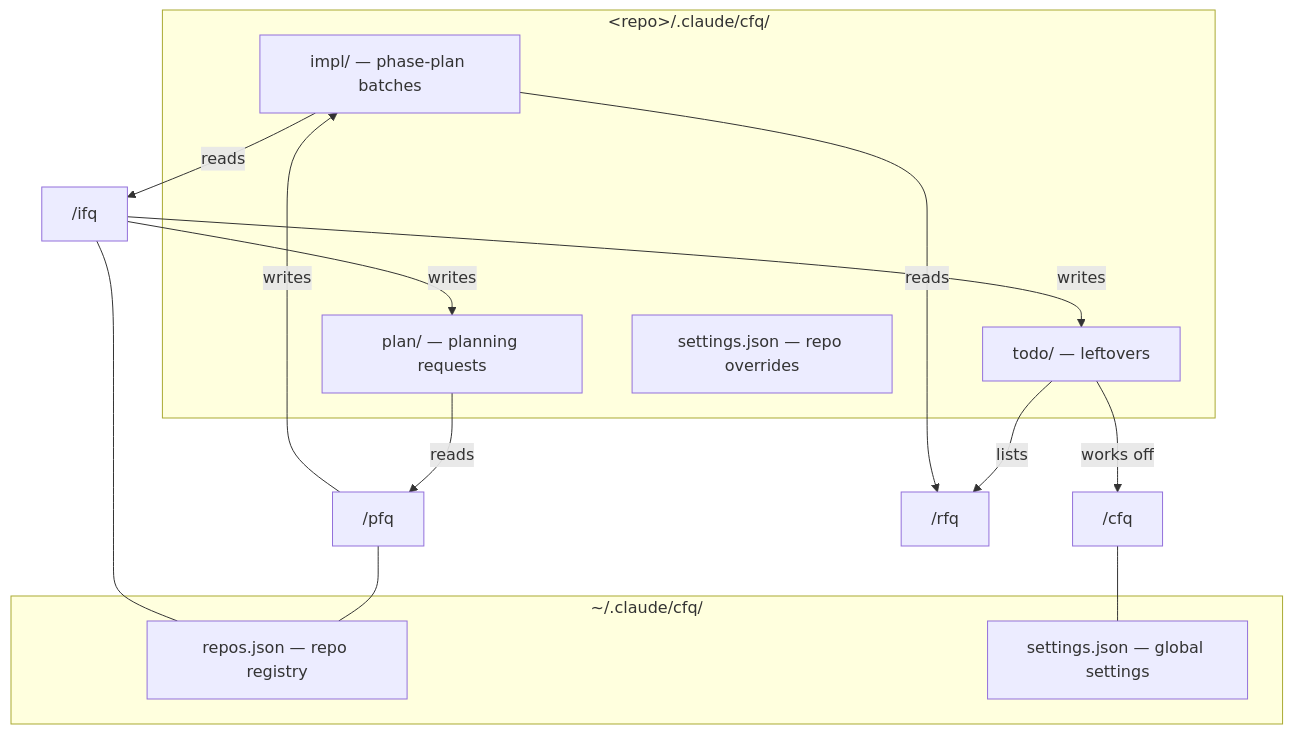
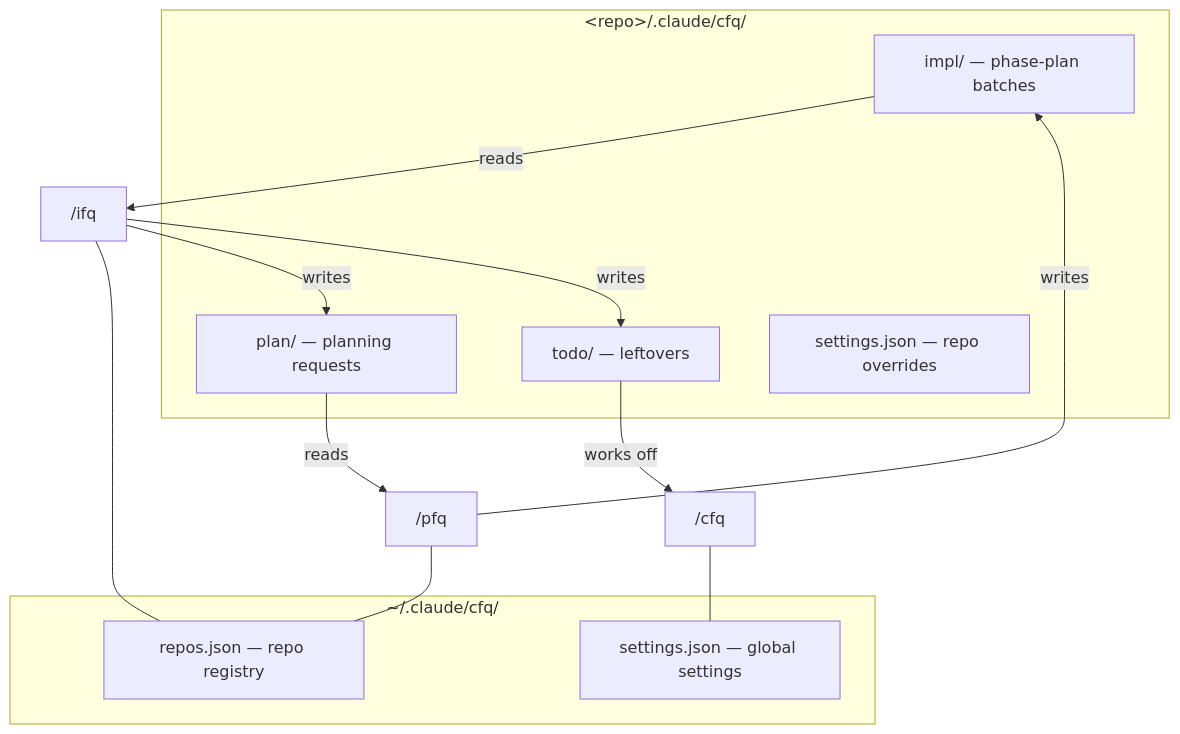
One commit to gumbaldi/magicbox changed the third of 4 diagrams in claude/plugins/cfq/README.md. Above: the diagram before and after it, drawn with Mermaid. The commit also changed other lines of this file and 18 other files, not shown here.

````diff
--- a/claude/plugins/cfq/README.md
+++ b/claude/plugins/cfq/README.md
@@ -215,24 +208,22 @@
 ```mermaid
 flowchart TB
   subgraph repo["&lt;repo&gt;/.claude/cfq/"]
     impl["impl/ — phase-plan batches"]
     plan["plan/ — planning requests"]
     todo["todo/ — leftovers"]
     rset["settings.json — repo overrides"]
   end
   subgraph home["~/.claude/cfq/"]
     reg["repos.json — repo registry"]
     set["settings.json — global settings"]
   end
   pfq["/pfq"] -->|writes| impl
   plan -->|reads| pfq
   impl -->|reads| ifq["/ifq"]
   ifq -->|writes| plan
   ifq -->|writes| todo
   todo -->|works off| cfq["/cfq"]
-  todo -->|lists| rfq["/rfq"]
-  impl -->|reads| rfq
   pfq --- reg
   ifq --- reg
   cfq --- set
 ```
````
